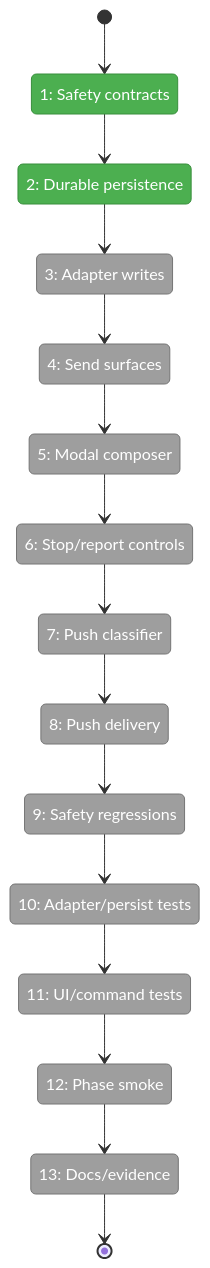
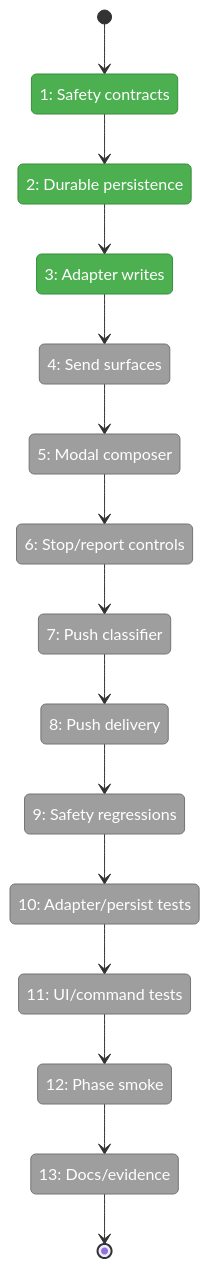
The first of 2 diagrams in docs/plans/007-options-for-pi-extensions-that-do-subagents/tasks/phase-3-interaction-push-context-and-hardening/tasks.fltplan.md (vaughanknight/pij), drawn with Mermaid before and after one commit. The commit also changed other lines of this file and 5 other files, not shown here.

````diff
--- a/docs/plans/007-options-for-pi-extensions-that-do-subagents/tasks/phase-3-interaction-push-context-and-hardening/tasks.fltplan.md
+++ b/docs/plans/007-options-for-pi-extensions-that-do-subagents/tasks/phase-3-interaction-push-context-and-hardening/tasks.fltplan.md
@@ -43,39 +43,39 @@
 ```mermaid
 stateDiagram-v2
     classDef pending fill:#9E9E9E,stroke:#757575,color:#fff
     classDef active fill:#FFC107,stroke:#FFA000,color:#000
     classDef done fill:#4CAF50,stroke:#388E3C,color:#fff
     classDef blocked fill:#F44336,stroke:#D32F2F,color:#fff
 
     state "1: Safety contracts" as S1
     state "2: Durable persistence" as S2
     state "3: Adapter writes" as S3
     state "4: Send surfaces" as S4
     state "5: Modal composer" as S5
     state "6: Stop/report controls" as S6
     state "7: Push classifier" as S7
     state "8: Push delivery" as S8
     state "9: Safety regressions" as S9
     state "10: Adapter/persist tests" as S10
     state "11: UI/command tests" as S11
     state "12: Phase smoke" as S12
     state "13: Docs/evidence" as S13
 
     [*] --> S1
     S1 --> S2
     S2 --> S3
     S3 --> S4
     S4 --> S5
     S5 --> S6
     S6 --> S7
     S7 --> S8
     S8 --> S9
     S9 --> S10
     S10 --> S11
     S11 --> S12
     S12 --> S13
     S13 --> [*]
 
-    class S1,S2 done
-    class S3,S4,S5,S6,S7,S8,S9,S10,S11,S12,S13 pending
+    class S1,S2,S3 done
+    class S4,S5,S6,S7,S8,S9,S10,S11,S12,S13 pending
 ```
````
